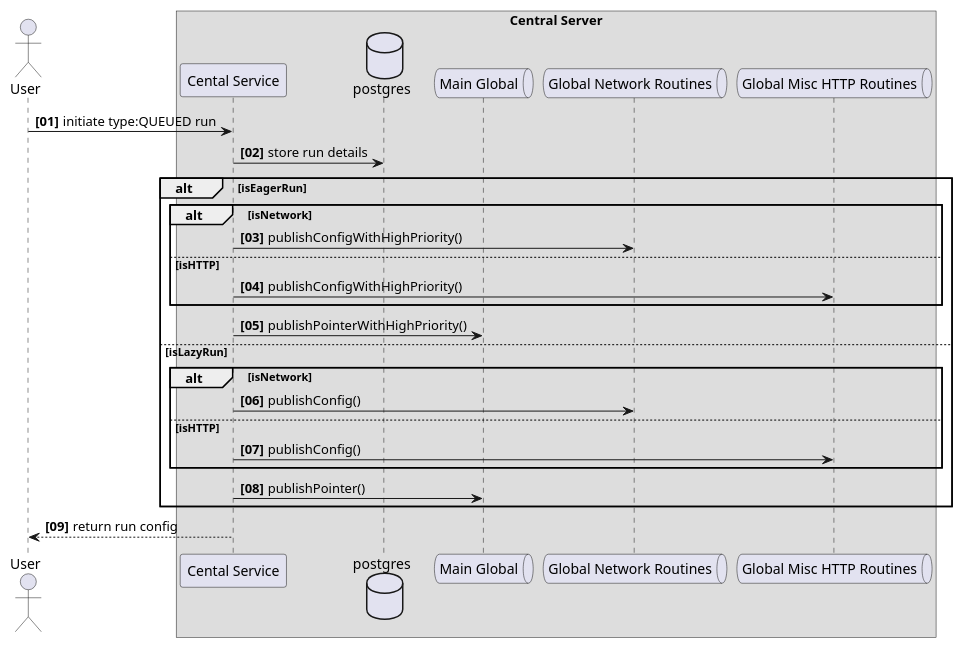
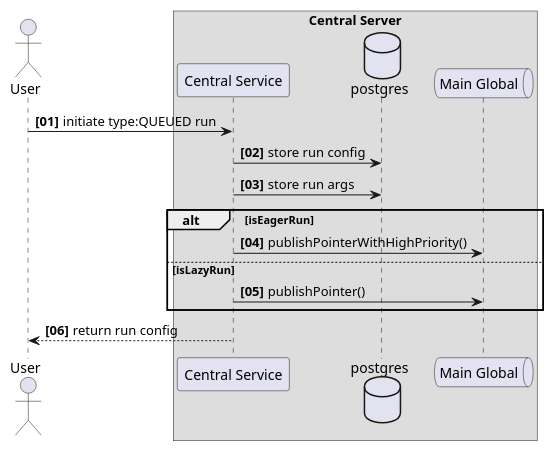
One commit to anovimous/automata changed the diagram in plan/HLD/sequence-diagrams/misc-queued-run-initiation.puml. Above: the diagram before and after it, drawn with PlantUML.

Commit message:
docs(routine-run-management): MAJOR, edited to reflect a change of queueing logic after the removal of rebundant usage of queues

```diff
--- a/plan/HLD/sequence-diagrams/misc-queued-run-initiation.puml
+++ b/plan/HLD/sequence-diagrams/misc-queued-run-initiation.puml
@@ -1,32 +1,21 @@
 @startuml
 actor "User" as user
 box "Central Server"
-participant "Cental Service" as api
+participant "Central Service" as api
 database postgres
 queue "Main Global" as mainq
-queue "Global Network Routines" as networkq
-queue "Global Misc HTTP Routines" as miscq
 end box
 
 autonumber "<b>[00]"
 user -> api : initiate type:QUEUED run
-api -> postgres : store run details
+api -> postgres : store run config
+api -> postgres : store run args
 
 alt isEagerRun
-alt isNetwork
-api -> networkq : publishConfigWithHighPriority()
-else isHTTP
-api -> miscq : publishConfigWithHighPriority()
-end
 api -> mainq : publishPointerWithHighPriority()
 else isLazyRun
-alt isNetwork
-api -> networkq : publishConfig()
-else isHTTP
-api -> miscq : publishConfig()
-end
 api -> mainq : publishPointer()
 end
 api --> user : return run config
 
 @enduml
```
